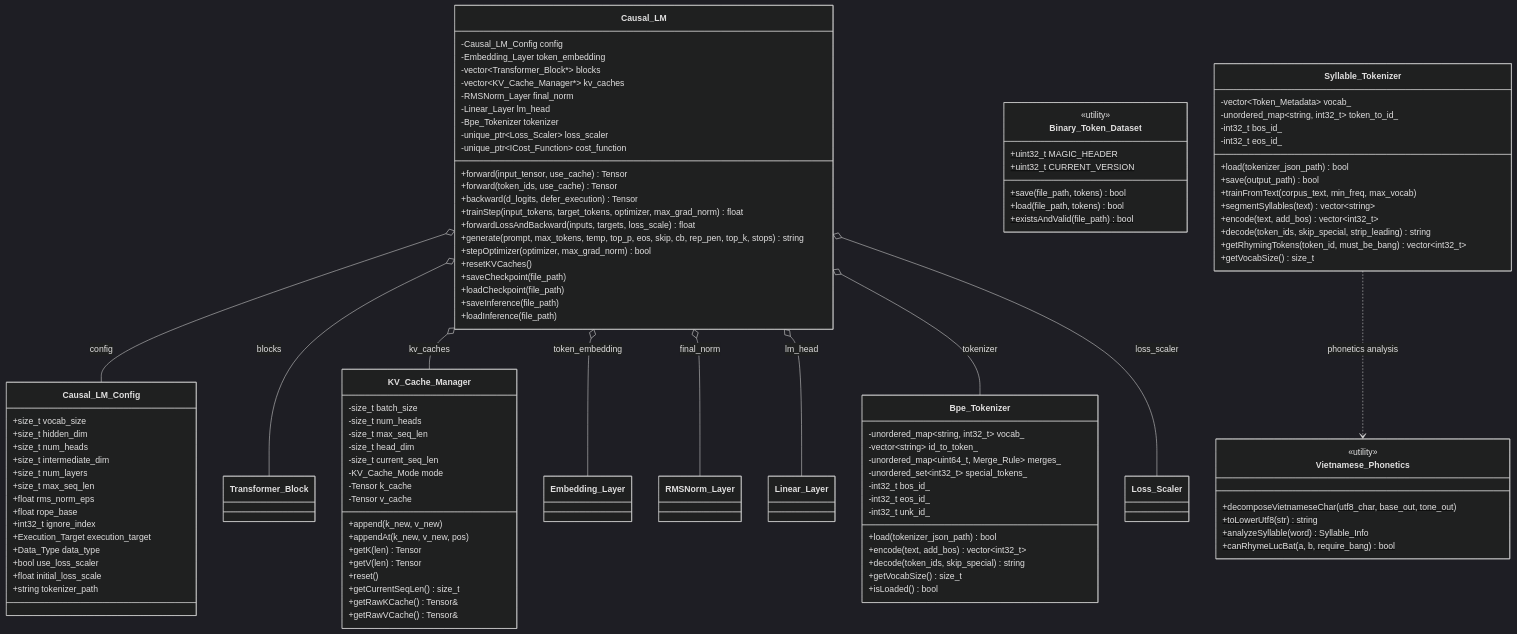
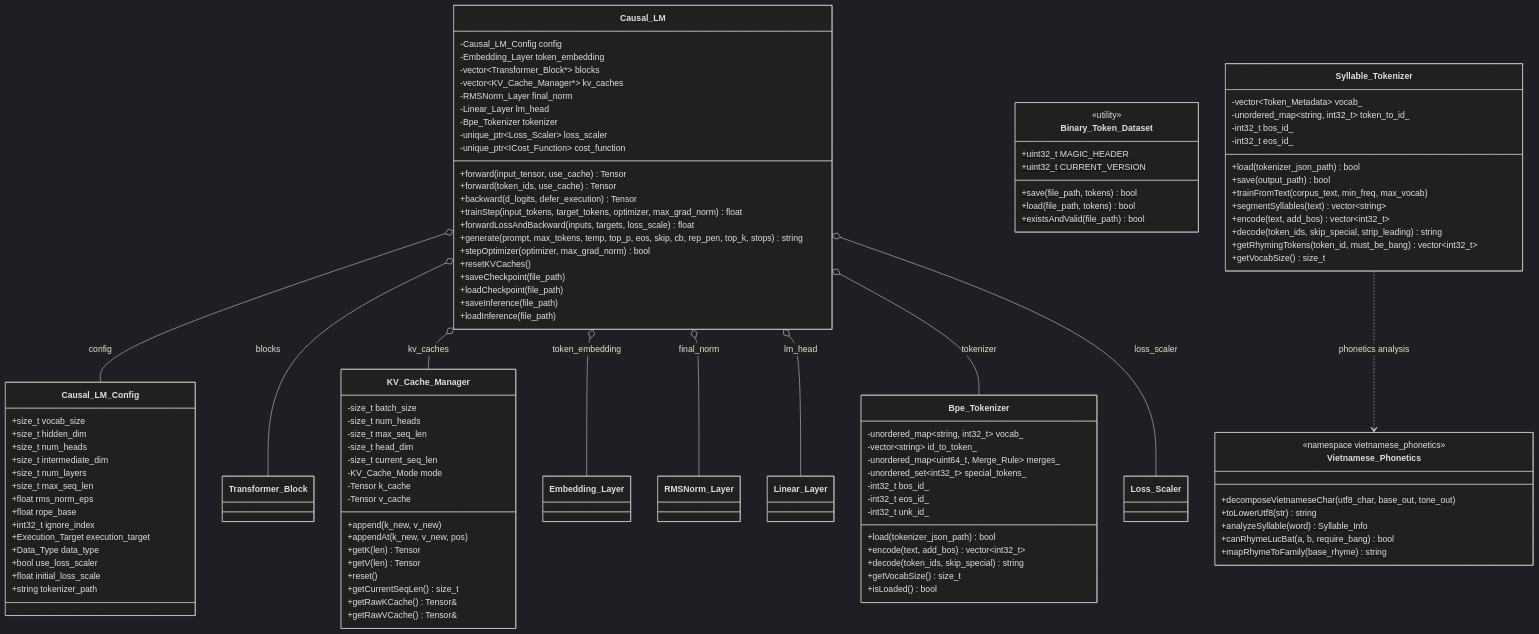
Before and after one commit to HungVQ1991/VulkanML: the seventh of 11 diagrams in architechture.md, drawn with Mermaid (dark theme). The commit also changed other lines of this file and 266 other files, not shown here.

```diff
--- a/architechture.md
+++ b/architechture.md
@@ -786,11 +1060,12 @@
     }
 
     class Vietnamese_Phonetics {
-        <<utility>>
+        <<namespace vietnamese_phonetics>>
         +decomposeVietnameseChar(utf8_char, base_out, tone_out)$
         +toLowerUtf8(str)$ string
         +analyzeSyllable(word)$ Syllable_Info
         +canRhymeLucBat(a, b, require_bang)$ bool
+        +mapRhymeToFamily(base_rhyme)$ string
     }
 
     Causal_LM o-- Causal_LM_Config : config
```
